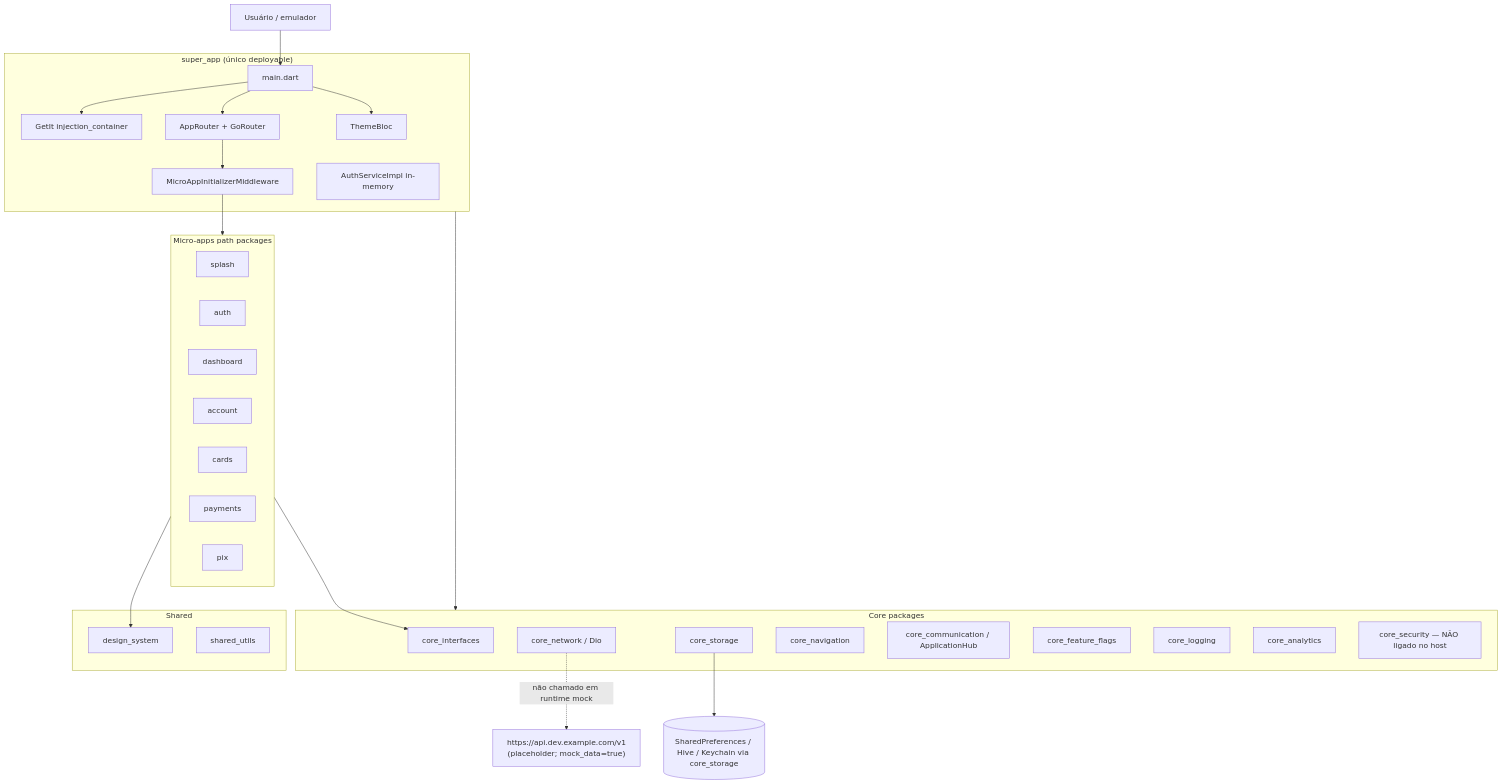
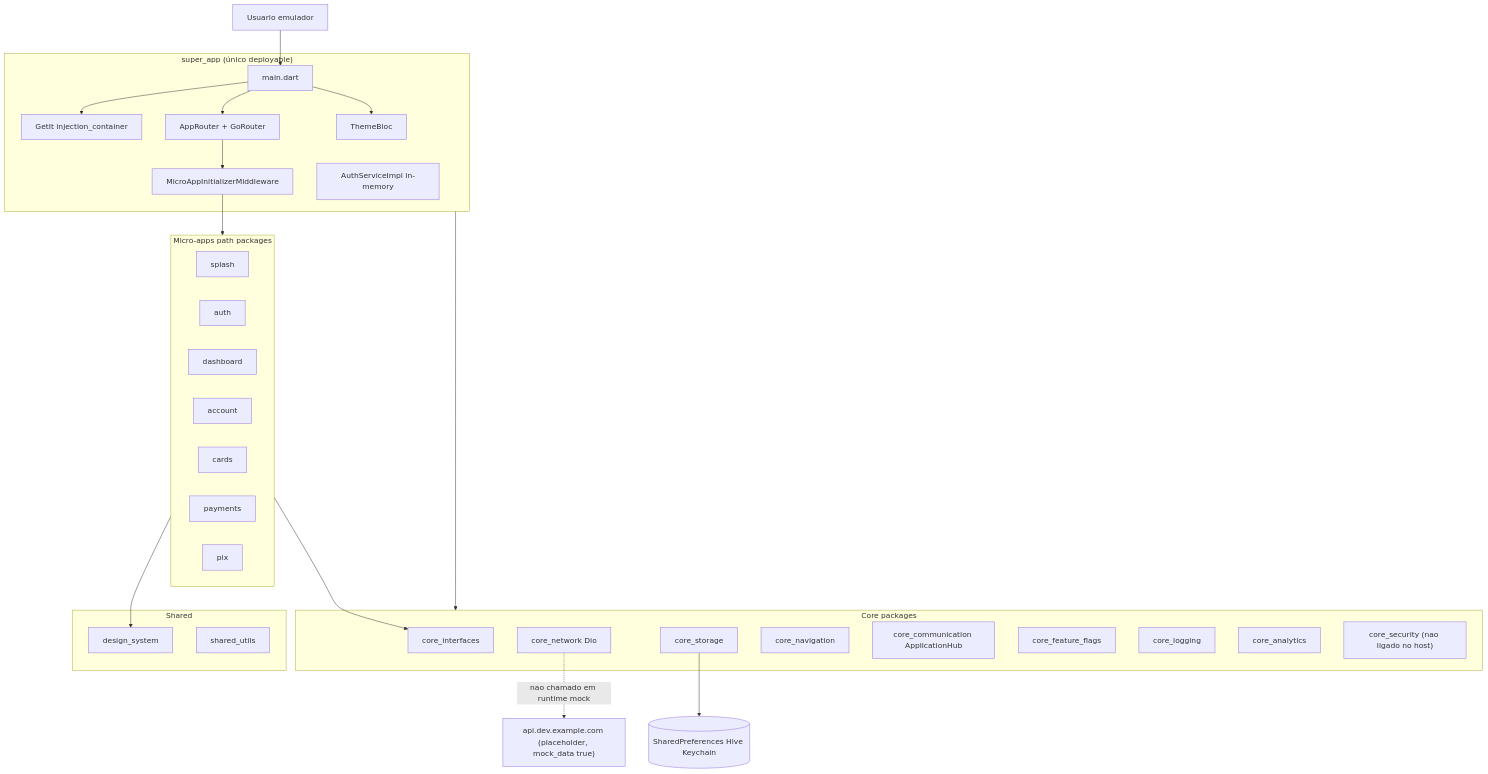
One commit to cristianoaredes/super-app-flutter-sample changed the second of 4 diagrams in .archagents/02-architecture.md. Above: the diagram before and after it, drawn with Mermaid. The commit also changed other lines of this file and 2 other files, not shown here.

First line of the commit message:
Fix Mermaid parse errors on GitHub-rendered diagrams.

````diff
--- a/.archagents/02-architecture.md
+++ b/.archagents/02-architecture.md
@@ -40,50 +42,50 @@
 ```mermaid
 graph TB
-    User[Usuário / emulador]
+    User["Usuario emulador"]
     subgraph Host["super_app (único deployable)"]
         Main[main.dart]
         DI[GetIt injection_container]
         Router[AppRouter + GoRouter]
         MW[MicroAppInitializerMiddleware]
         Theme[ThemeBloc]
         AuthHost[AuthServiceImpl in-memory]
     end
     subgraph MicroApps["Micro-apps path packages"]
         Splash[splash]
         Auth[auth]
         Dash[dashboard]
         Acc[account]
         Cards[cards]
         Pay[payments]
         Pix[pix]
     end
     subgraph Core["Core packages"]
         Ifaces[core_interfaces]
-        Net[core_network / Dio]
+        Net["core_network Dio"]
         Stor[core_storage]
         Nav[core_navigation]
-        Hub[core_communication / ApplicationHub]
+        Hub["core_communication ApplicationHub"]
         Flags[core_feature_flags]
         Log[core_logging]
         An[core_analytics]
-        Sec[core_security — NÃO ligado no host]
+        Sec["core_security (nao ligado no host)"]
     end
     subgraph Shared["Shared"]
         DS[design_system]
         Utils[shared_utils]
     end
-    API["https://api.dev.example.com/v1<br/>(placeholder; mock_data=true)"]
-    Prefs[(SharedPreferences / Hive / Keychain via core_storage)]
+    API["api.dev.example.com (placeholder, mock_data true)"]
+    Prefs[("SharedPreferences Hive Keychain")]
 
     User --> Main
     Main --> DI
     Main --> Router
     Router --> MW
     MW --> MicroApps
     Main --> Theme
     MicroApps --> Ifaces
     MicroApps --> DS
     Host --> Core
-    Net -.->|não chamado em runtime mock| API
+    Net -.->|nao chamado em runtime mock| API
     Stor --> Prefs
 ```
````
